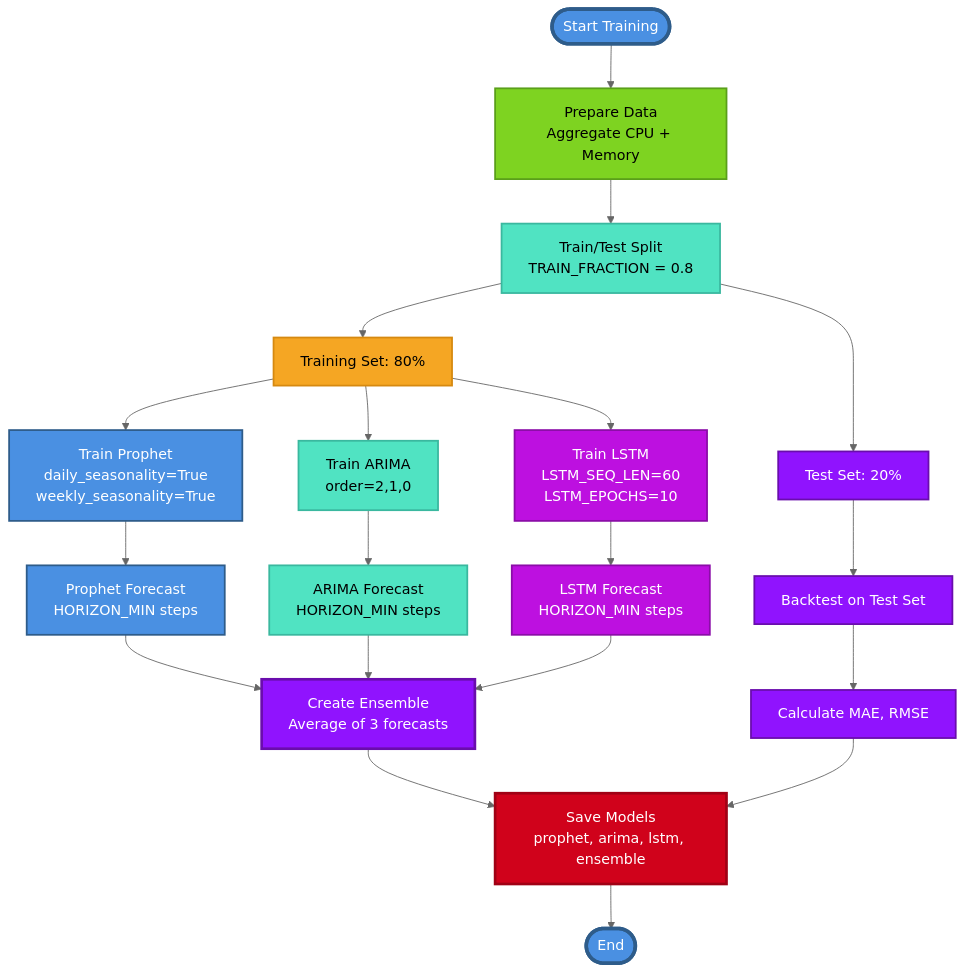
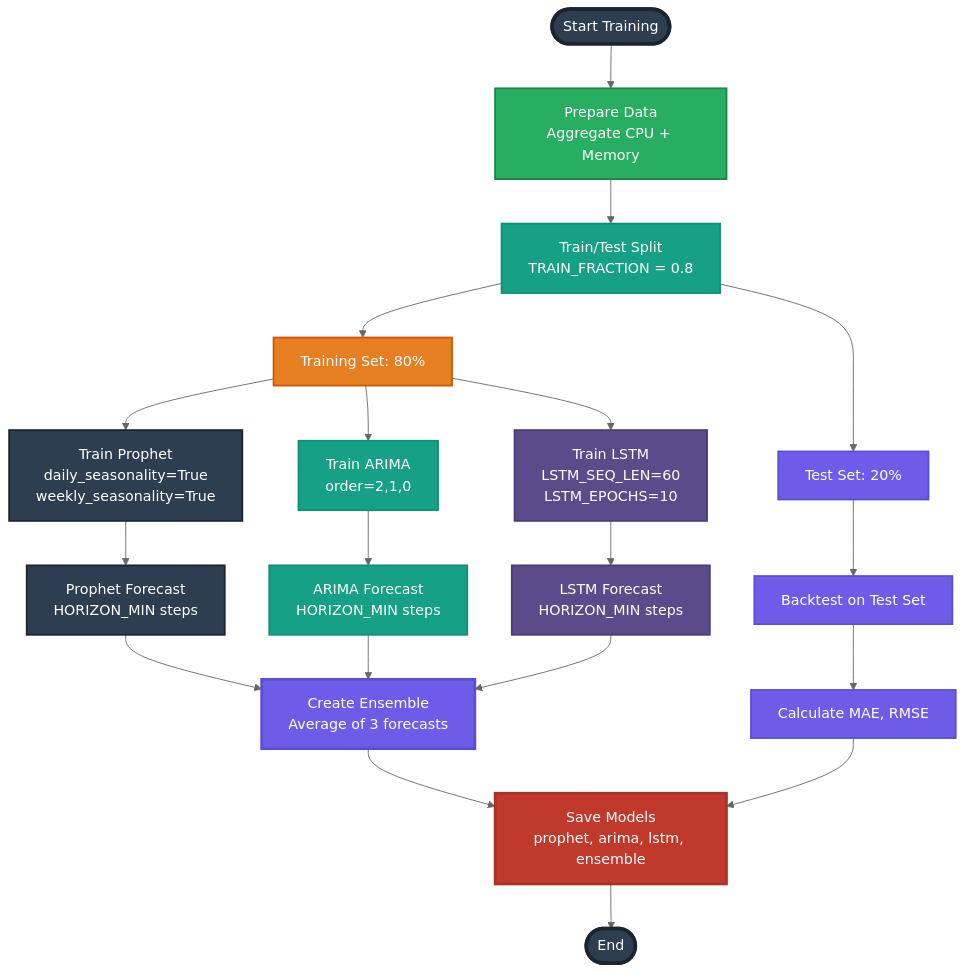
The fourth of 11 diagrams in Docs/VISUAL_ARCHITECTURE_GUIDE.md (k8sautom8/metrics-ml), drawn with Mermaid (neutral theme) before and after one commit. The commit also changed other lines of this file, not shown here.

````diff
--- a/Docs/VISUAL_ARCHITECTURE_GUIDE.md
+++ b/Docs/VISUAL_ARCHITECTURE_GUIDE.md
@@ -307,52 +308,52 @@
 ```mermaid
 flowchart TD
     Start([Start Training]) --> DataPrep[Prepare Data<br/>Aggregate CPU + Memory]
     
     DataPrep --> Split[Train/Test Split<br/>TRAIN_FRACTION = 0.8]
     
     Split --> TrainSet[Training Set: 80%]
     Split --> TestSet[Test Set: 20%]
     
     TrainSet --> Prophet[Train Prophet<br/>daily_seasonality=True<br/>weekly_seasonality=True]
     TrainSet --> ARIMA[Train ARIMA<br/>order=2,1,0]
     TrainSet --> LSTM[Train LSTM<br/>LSTM_SEQ_LEN=60<br/>LSTM_EPOCHS=10]
     
     Prophet --> PForecast[Prophet Forecast<br/>HORIZON_MIN steps]
     ARIMA --> AForecast[ARIMA Forecast<br/>HORIZON_MIN steps]
     LSTM --> LForecast[LSTM Forecast<br/>HORIZON_MIN steps]
     
     PForecast --> Ensemble[Create Ensemble<br/>Average of 3 forecasts]
     AForecast --> Ensemble
     LForecast --> Ensemble
     
     Ensemble --> Save[Save Models<br/>prophet, arima, lstm, ensemble]
     
     TestSet --> Backtest[Backtest on Test Set]
     Backtest --> Metrics[Calculate MAE, RMSE]
     Metrics --> Save
     
     Save --> End([End])
     
-    classDef startEnd fill:#4A90E2,stroke:#2E5C8A,stroke-width:4px,color:#fff
-    classDef dataPrep fill:#7ED321,stroke:#5A9F1A,stroke-width:2px,color:#000
-    classDef split fill:#50E3C2,stroke:#3AB89F,stroke-width:2px,color:#000
-    classDef trainSet fill:#F5A623,stroke:#D68910,stroke-width:2px,color:#000
-    classDef testSet fill:#9013FE,stroke:#6A0DAD,stroke-width:2px,color:#fff
-    classDef prophet fill:#4A90E2,stroke:#2E5C8A,stroke-width:2px,color:#fff
-    classDef arima fill:#50E3C2,stroke:#3AB89F,stroke-width:2px,color:#000
-    classDef lstm fill:#BD10E0,stroke:#8B0DA8,stroke-width:2px,color:#fff
-    classDef ensemble fill:#9013FE,stroke:#6A0DAD,stroke-width:3px,color:#fff
-    classDef save fill:#D0021B,stroke:#A00115,stroke-width:3px,color:#fff
-    classDef backtest fill:#F5A623,stroke:#D68910,stroke-width:2px,color:#000
+    classDef startEnd fill:#2C3E50,stroke:#1A252F,stroke-width:4px,color:#fff
+    classDef dataPrep fill:#27AE60,stroke:#1E8449,stroke-width:2px,color:#fff
+    classDef split fill:#16A085,stroke:#138D75,stroke-width:2px,color:#fff
+    classDef trainSet fill:#E67E22,stroke:#D35400,stroke-width:2px,color:#fff
+    classDef testSet fill:#6C5CE7,stroke:#5A4FCF,stroke-width:2px,color:#fff
+    classDef prophet fill:#2C3E50,stroke:#1A252F,stroke-width:2px,color:#fff
+    classDef arima fill:#16A085,stroke:#138D75,stroke-width:2px,color:#fff
+    classDef lstm fill:#5B4B8A,stroke:#4A3D73,stroke-width:2px,color:#fff
+    classDef ensemble fill:#6C5CE7,stroke:#5A4FCF,stroke-width:3px,color:#fff
+    classDef save fill:#C0392B,stroke:#A93226,stroke-width:3px,color:#fff
+    classDef backtest fill:#E67E22,stroke:#D35400,stroke-width:2px,color:#fff
     
     class Start,End startEnd
     class DataPrep dataPrep
     class Split split
     class TrainSet trainSet
     class TestSet,Backtest,Metrics testSet
     class Prophet,PForecast prophet
     class ARIMA,AForecast arima
     class LSTM,LForecast lstm
     class Ensemble ensemble
     class Save save
 ```
````
